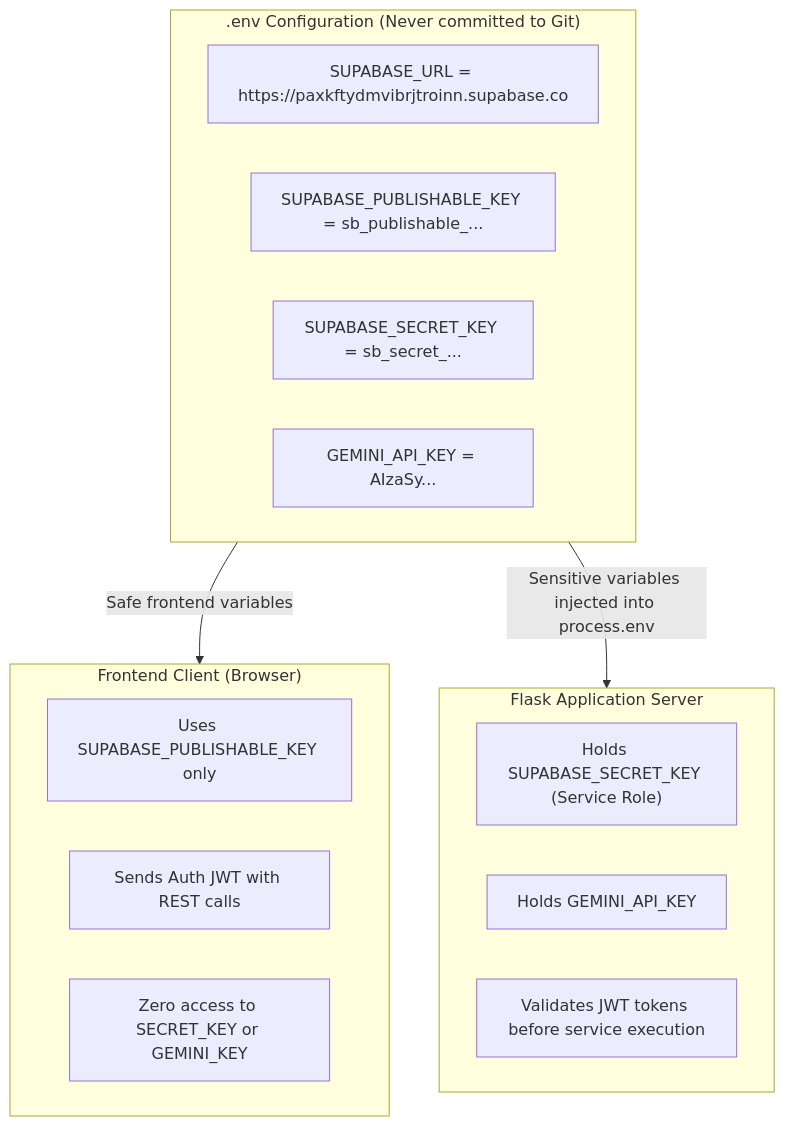
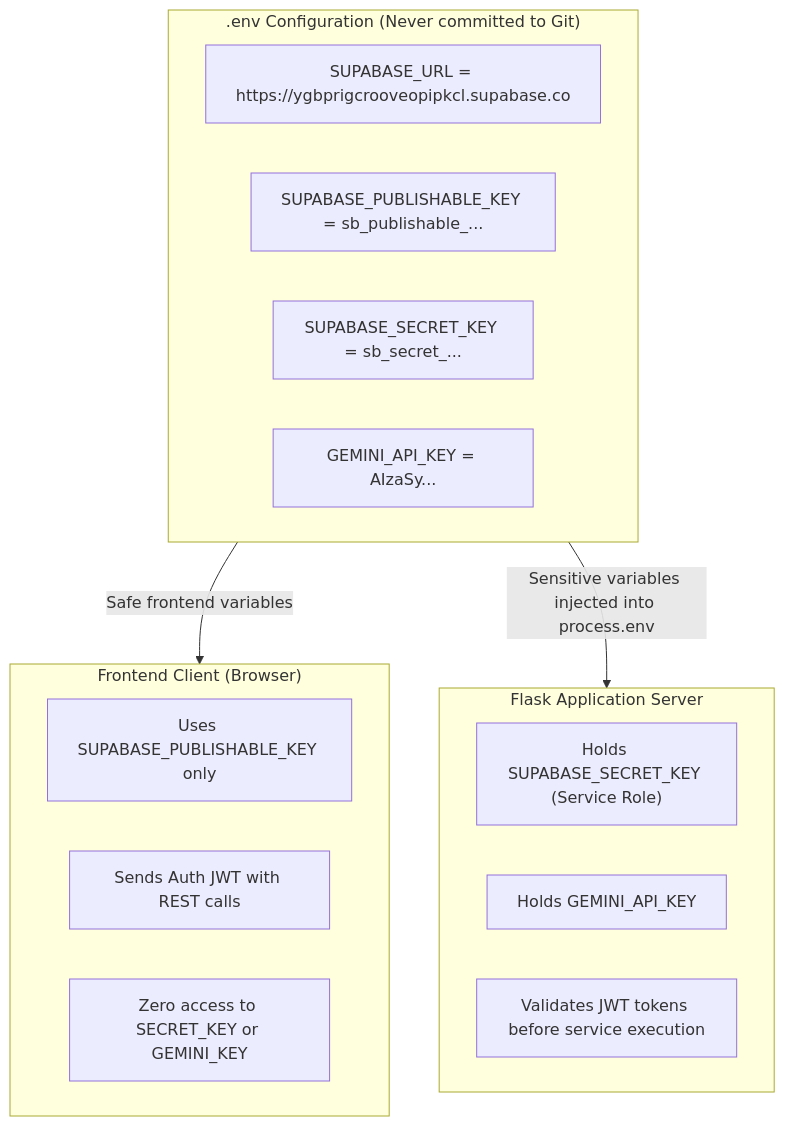
One commit to ujjwalgupta107-sudo/Lifnex changed the diagram in SECURITY_THREAT_MODEL.md. Above: the diagram before and after it, drawn with Mermaid. The commit also changed 19 other files, not shown here.

````diff
--- a/SECURITY_THREAT_MODEL.md
+++ b/SECURITY_THREAT_MODEL.md
@@ -88,24 +88,24 @@
 ```mermaid
 graph TD
     subgraph EnvConfig[".env Configuration (Never committed to Git)"]
-        K1["SUPABASE_URL = https://paxkftydmvibrjtroinn.supabase.co"]
+        K1["SUPABASE_URL = https://ygbprigcrooveopipkcl.supabase.co"]
         K2["SUPABASE_PUBLISHABLE_KEY = sb_publishable_..."]
         K3["SUPABASE_SECRET_KEY = sb_secret_..."]
         K4["GEMINI_API_KEY = AIzaSy..."]
     end
 
     subgraph FrontendDist["Frontend Client (Browser)"]
         F1["Uses SUPABASE_PUBLISHABLE_KEY only"]
         F2["Sends Auth JWT with REST calls"]
         F3["Zero access to SECRET_KEY or GEMINI_KEY"]
     end
 
     subgraph BackendDist["Flask Application Server"]
         B1["Holds SUPABASE_SECRET_KEY (Service Role)"]
         B2["Holds GEMINI_API_KEY"]
         B3["Validates JWT tokens before service execution"]
     end
 
     EnvConfig -->|Safe frontend variables| FrontendDist
     EnvConfig -->|Sensitive variables injected into process.env| BackendDist
 ```
````
